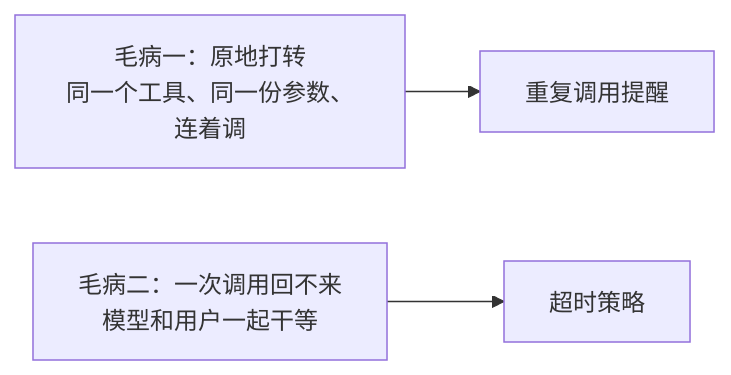
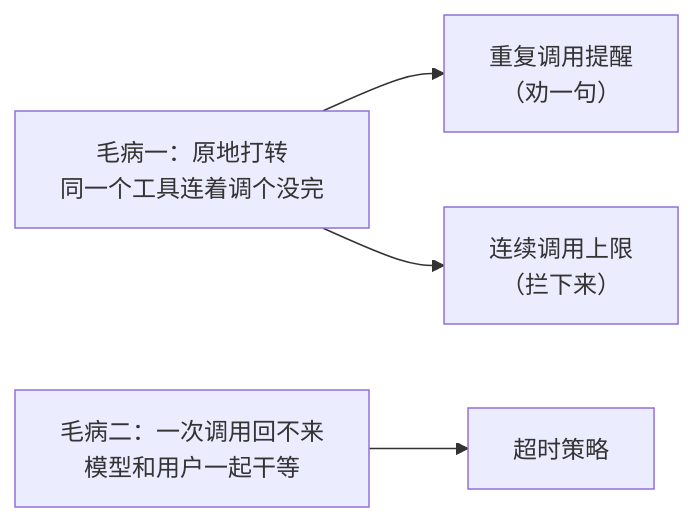
One commit to snight1983/ds-harness-go changed the first of 38 diagrams in docs/modules/guards.md. Above: the diagram before and after it, drawn with Mermaid. The commit also changed other lines of this file and 50 other files, not shown here.

First line of the commit message:
feat: 完善会话持久化、图片请求与工具防护

````diff
--- a/docs/modules/guards.md
+++ b/docs/modules/guards.md
@@ -9,5 +9,6 @@
 ```mermaid
 flowchart LR
-    P1["毛病一：原地打转<br/>同一个工具、同一份参数、连着调"] --> R1["重复调用提醒"]
+    P1["毛病一：原地打转<br/>同一个工具连着调个没完"] --> R1["重复调用提醒<br/>（劝一句）"]
+    P1 --> R3["连续调用上限<br/>（拦下来）"]
     P2["毛病二：一次调用回不来<br/>模型和用户一起干等"] --> R2["超时策略"]
 ```
````
